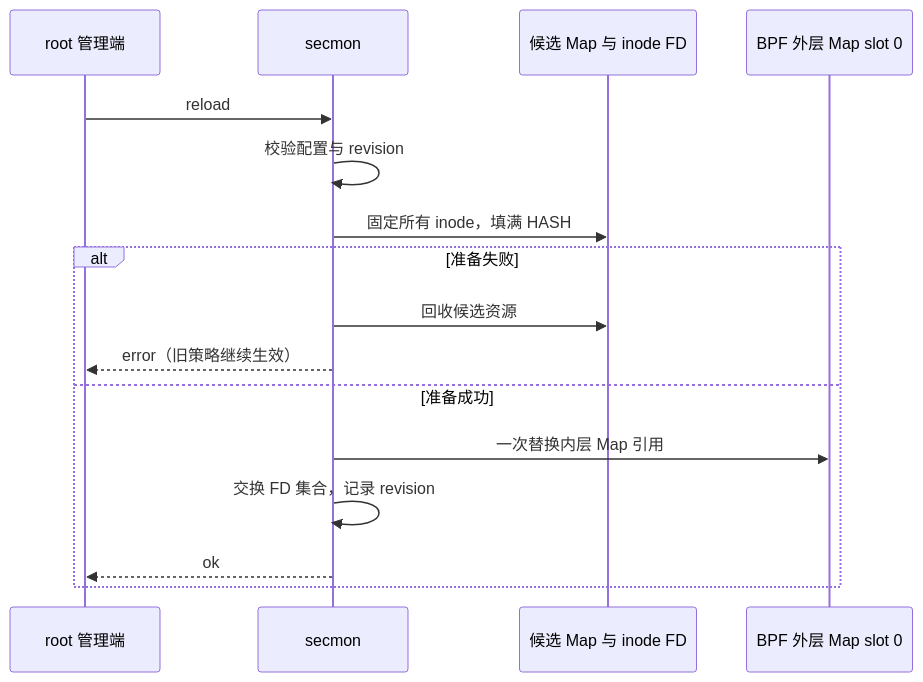
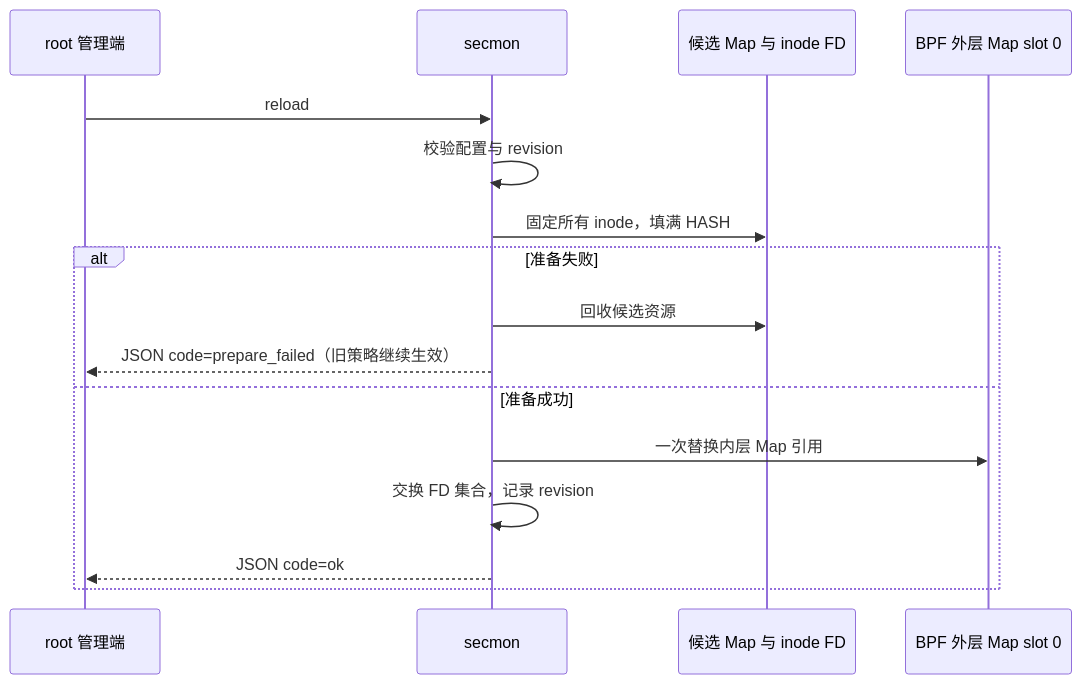
The diagram in docs/POLICY_CONFIG.md (once512/SysMon-eBPF), drawn with Mermaid before and after one commit. The commit also changed other lines of this file and 9 other files, not shown here.

````diff
--- a/docs/POLICY_CONFIG.md
+++ b/docs/POLICY_CONFIG.md
@@ -47,18 +46,18 @@
 ```mermaid
 sequenceDiagram
     participant Admin as root 管理端
     participant Host as secmon
     participant New as 候选 Map 与 inode FD
     participant Slot as BPF 外层 Map slot 0
     Admin->>Host: reload
     Host->>Host: 校验配置与 revision
     Host->>New: 固定所有 inode，填满 HASH
     alt 准备失败
         Host->>New: 回收候选资源
-        Host-->>Admin: error（旧策略继续生效）
+        Host-->>Admin: JSON code=prepare_failed（旧策略继续生效）
     else 准备成功
         Host->>Slot: 一次替换内层 Map 引用
         Host->>Host: 交换 FD 集合，记录 revision
-        Host-->>Admin: ok
+        Host-->>Admin: JSON code=ok
     end
 ```
````
